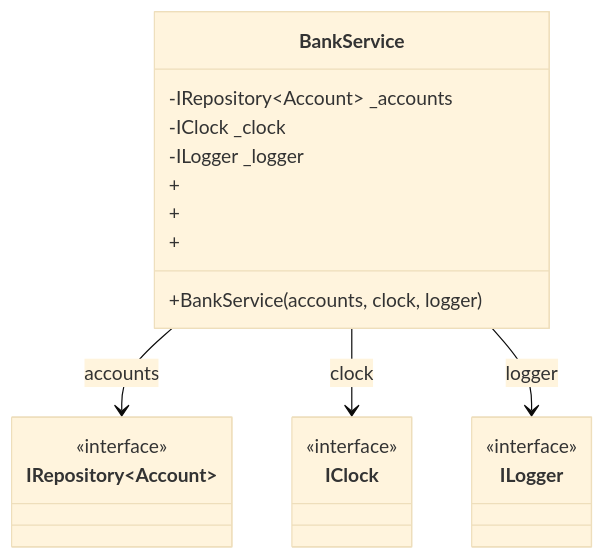
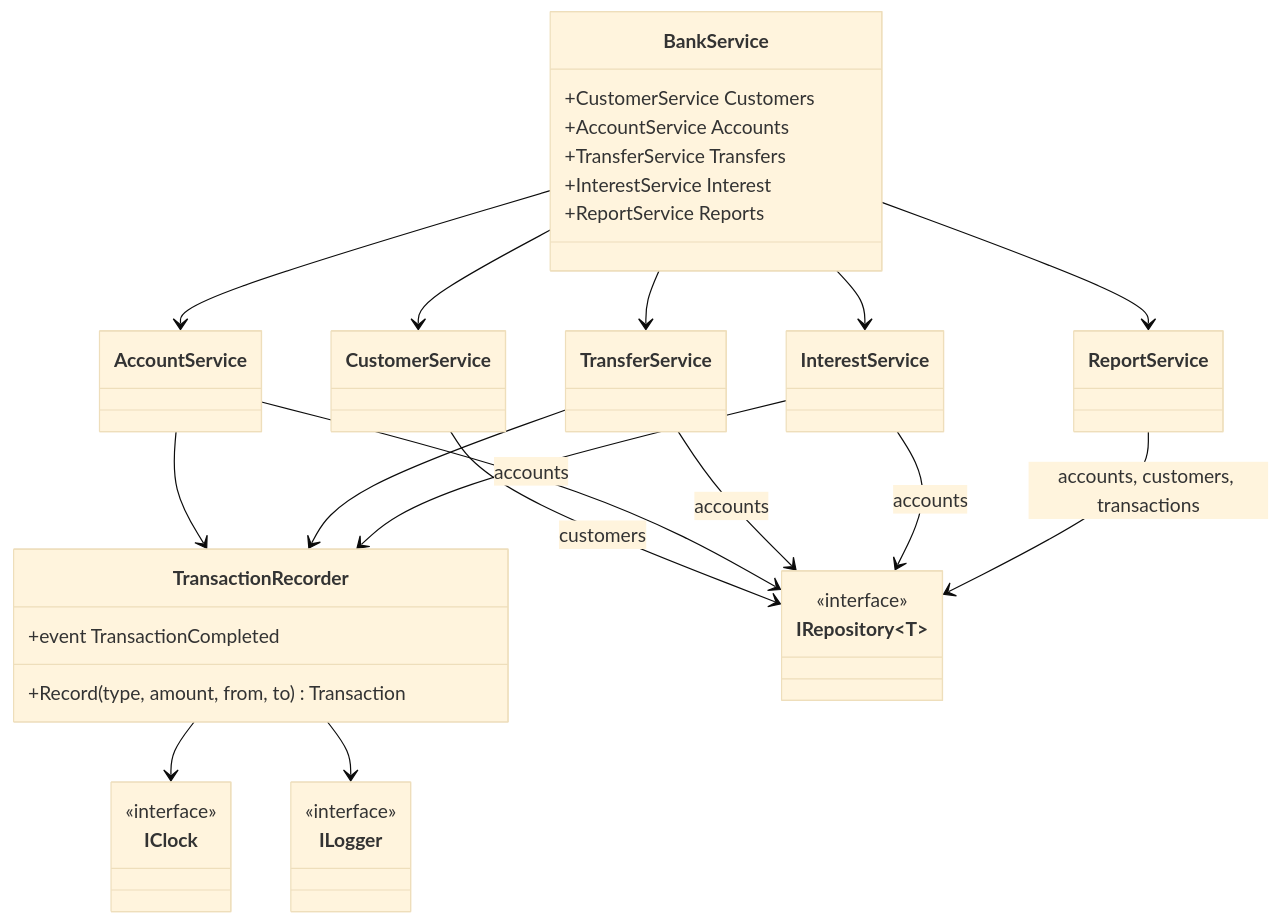
Before and after one commit to Tr1nside/C--learn-bank: the fifth of 5 diagrams in README.md, drawn with Mermaid (base theme). The commit also changed other lines of this file, not shown here.

Commit message:
Service layer is thought out.

````diff
--- a/README.md
+++ b/README.md
@@ -225,28 +256,52 @@
 ```mermaid
 classDiagram
     direction TB
 
     class BankService {
-        -IRepository~Account~ _accounts
-        -IClock _clock
-        -ILogger _logger
-        +BankService(accounts, clock, logger)
-        +
-        +
-        +
+        +CustomerService Customers
+        +AccountService Accounts
+        +TransferService Transfers
+        +InterestService Interest
+        +ReportService Reports
     }
 
-    class IRepository~Account~ {
+    class CustomerService
+    class AccountService
+    class TransferService
+    class InterestService
+    class ReportService
+
+    class TransactionRecorder {
+        +Record(type, amount, from, to) Transaction
+        +event TransactionCompleted
+    }
+
+    class IRepository~T~ {
         <<interface>>
     }
     class IClock {
         <<interface>>
     }
     class ILogger {
         <<interface>>
     }
 
-    BankService --> IRepository~Account~ : accounts
-    BankService --> IClock : clock
-    BankService --> ILogger : logger
+    BankService --> CustomerService
+    BankService --> AccountService
+    BankService --> TransferService
+    BankService --> InterestService
+    BankService --> ReportService
+
+    CustomerService --> IRepository~T~ : customers
+    AccountService --> IRepository~T~ : accounts
+    TransferService --> IRepository~T~ : accounts
+    InterestService --> IRepository~T~ : accounts
+    ReportService --> IRepository~T~ : accounts, customers, transactions
+
+    AccountService --> TransactionRecorder
+    TransferService --> TransactionRecorder
+    InterestService --> TransactionRecorder
+
+    TransactionRecorder --> IClock
+    TransactionRecorder --> ILogger
 ```
````
